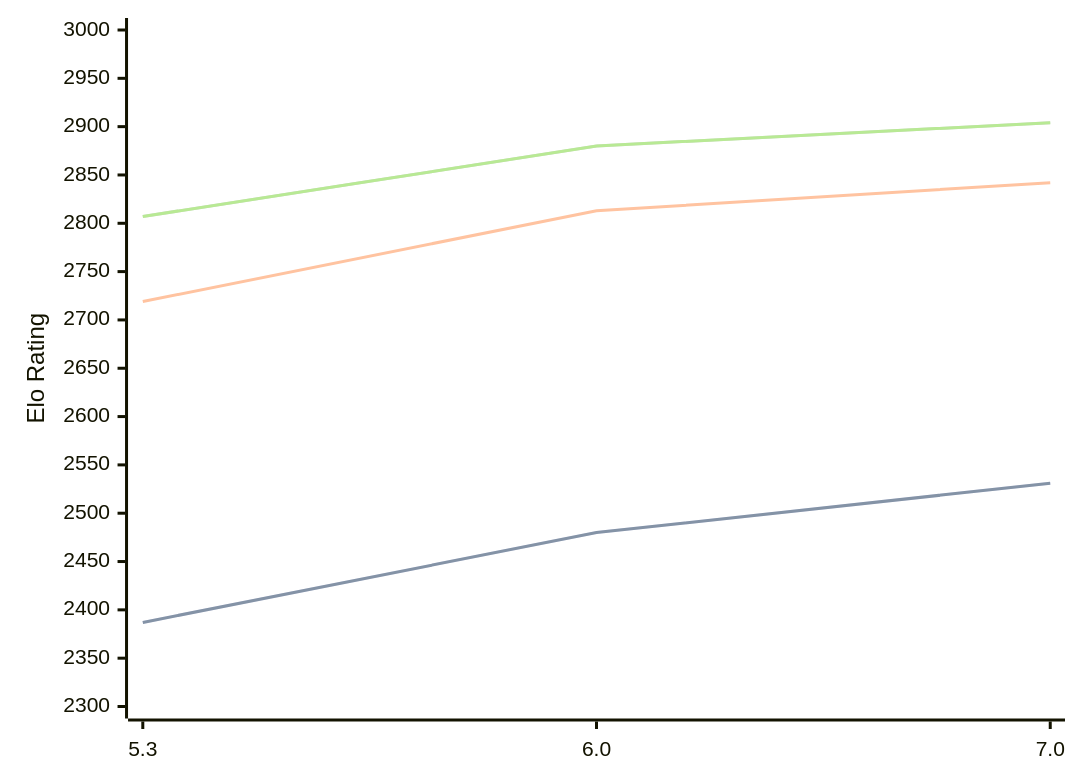
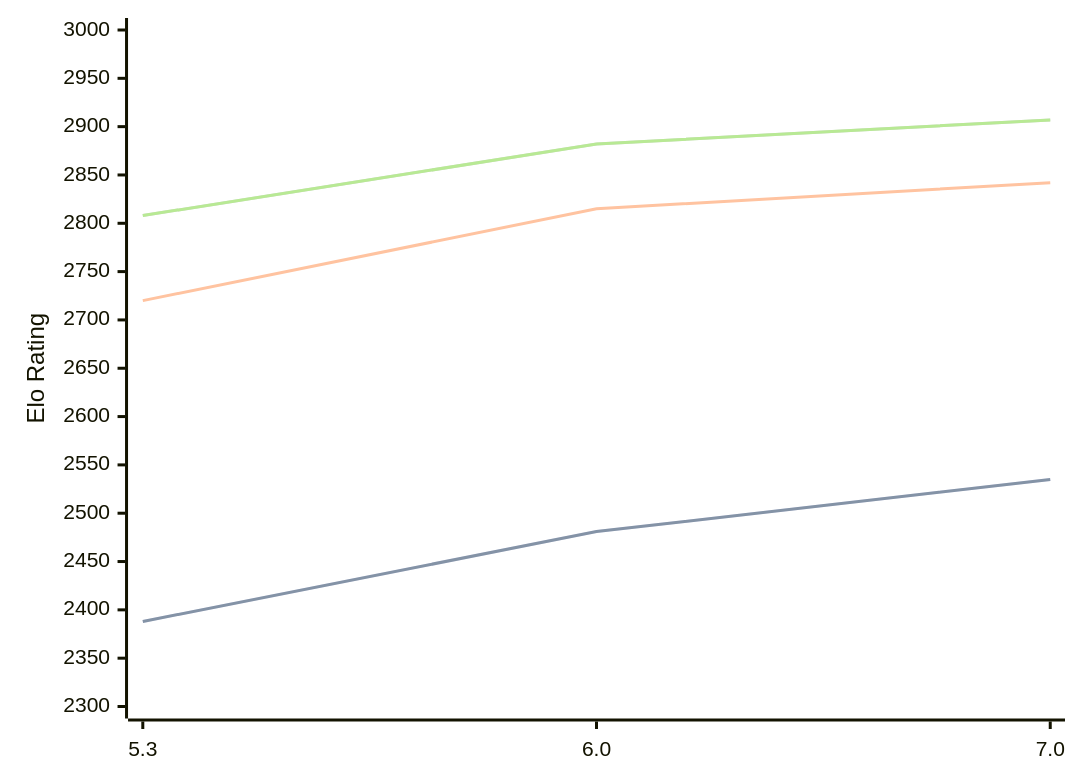
The diagram in engines/tomitankChess.md (computer-chess-index/cci), drawn with Mermaid before and after one commit. The commit also changed other lines of this file, not shown here.

Commit message:
Update CCI Ratings (ELO VLTC) - 2026-09-01

````diff
--- a/engines/tomitankChess.md
+++ b/engines/tomitankChess.md
@@ -33,11 +33,11 @@
 ```mermaid
 %%{init: {"theme":"base","themeVariables":{"seriesColors:['#a3a3a3','#222221','#faa371']}}}%%
 xychart-beta
   x-axis ["5.3", "6.0", "7.0"]
   y-axis "Elo Rating" 2300 --> 3000
-  line "" [2387, 2480, 2531]
-  line "STC (8.0+0.08s)" [2387, 2480, 2531]
-  line "LTC (60.0+0.60s)" [2719, 2813, 2842]
-  line "" [2807, 2880, 2904]
-  line "VLTC (2m24s+1.12s)" [2807, 2880, 2904]
+  line "" [2388, 2481, 2535]
+  line "STC (8.0+0.08s)" [2388, 2481, 2535]
+  line "LTC (60.0+0.60s)" [2720, 2815, 2842]
+  line "" [2808, 2882, 2907]
+  line "VLTC (2m24s+1.12s)" [2808, 2882, 2907]
 ```
````
